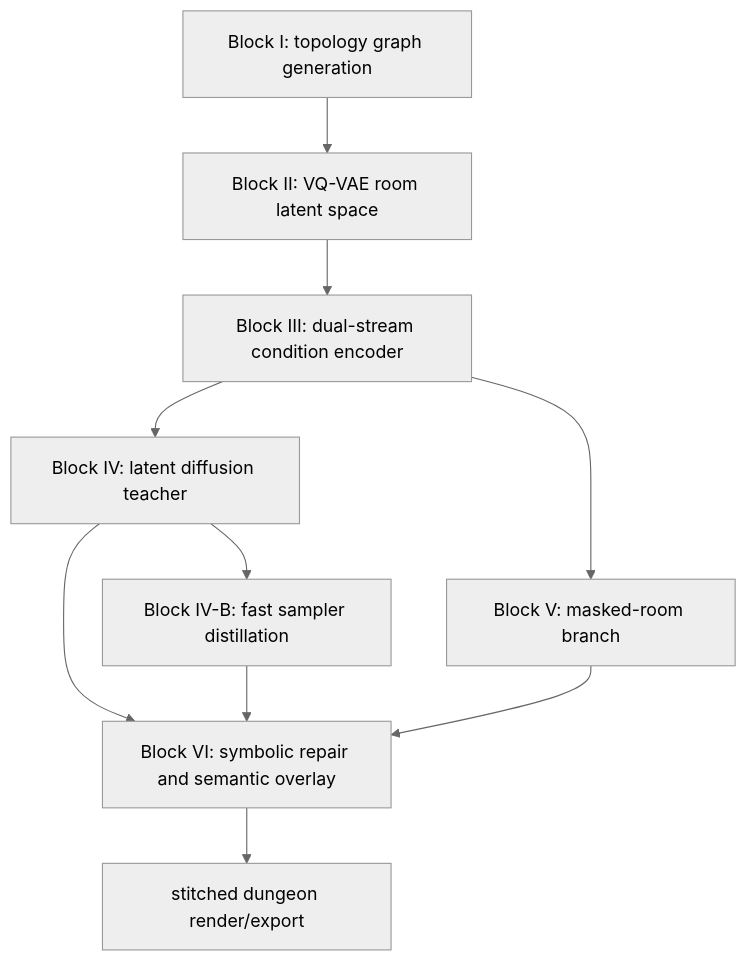
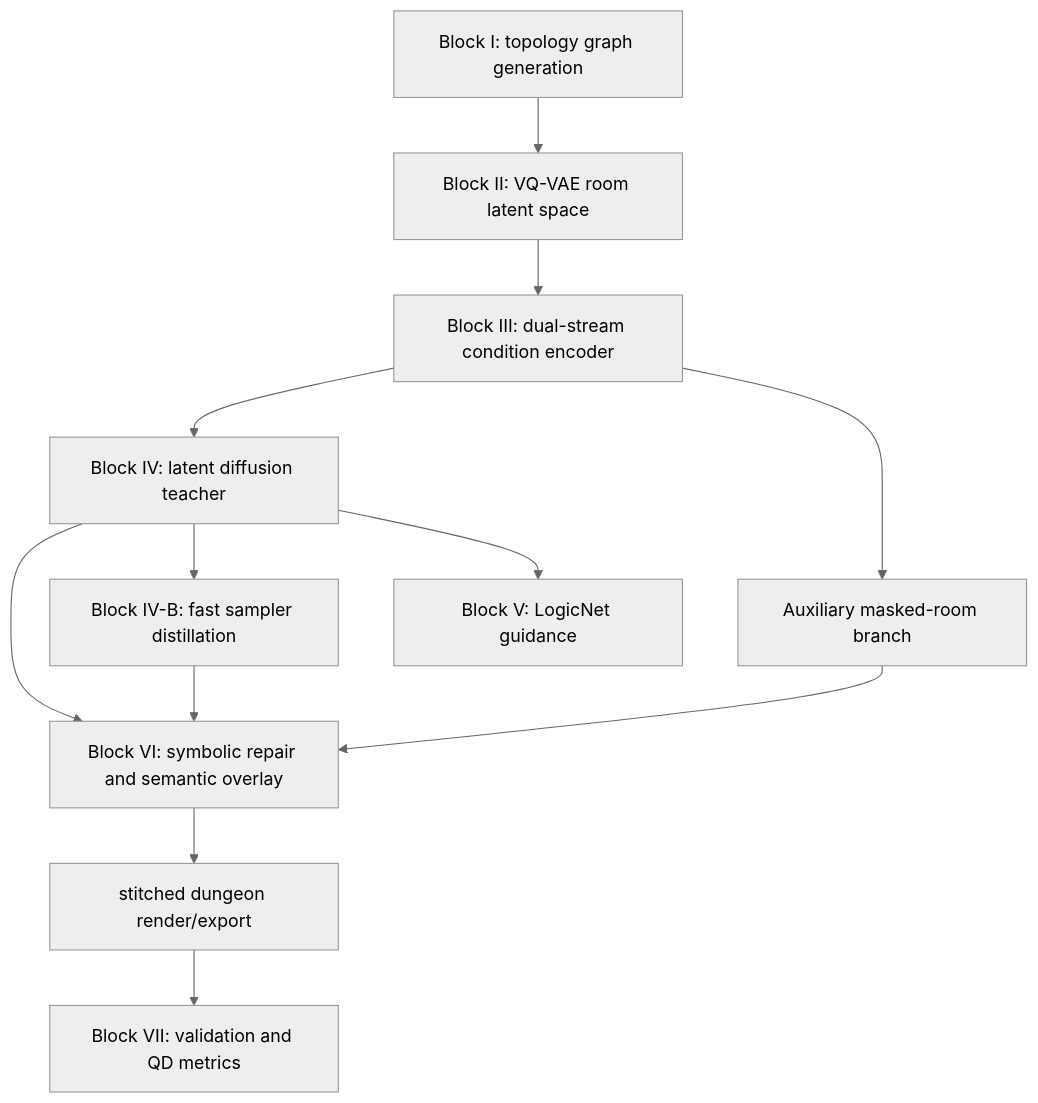
The first of 2 diagrams in docs/CANONICAL_MODEL_RATIONALE_ABLATION_AND_COMPLEXITY_GUIDE.md (minhphuc477/KLTN), drawn with Mermaid (neutral theme) before and after one commit. The commit also changed other lines of this file and 82 other files, not shown here.

````diff
--- a/docs/CANONICAL_MODEL_RATIONALE_ABLATION_AND_COMPLEXITY_GUIDE.md
+++ b/docs/CANONICAL_MODEL_RATIONALE_ABLATION_AND_COMPLEXITY_GUIDE.md
@@ -128,12 +132,14 @@
 ```mermaid
 flowchart TD
     A[Block I: topology graph generation] --> B[Block II: VQ-VAE room latent space]
     B --> C[Block III: dual-stream condition encoder]
     C --> D[Block IV: latent diffusion teacher]
     D --> E[Block IV-B: fast sampler distillation]
-    C --> F[Block V: masked-room branch]
+    C --> F[Auxiliary masked-room branch]
+    D --> L[Block V: LogicNet guidance]
     D --> G[Block VI: symbolic repair and semantic overlay]
     E --> G
     F --> G
     G --> H[stitched dungeon render/export]
+    H --> I[Block VII: validation and QD metrics]
 ```
````
